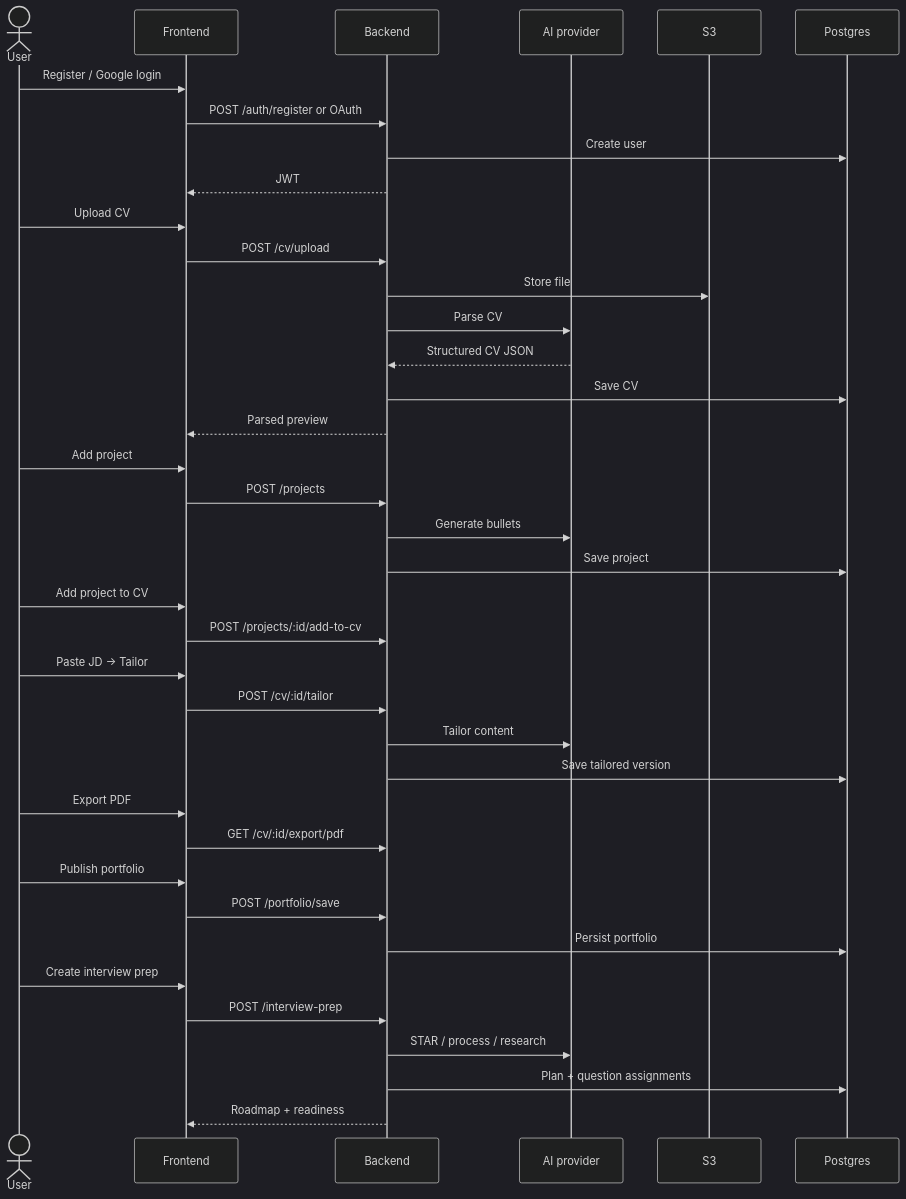
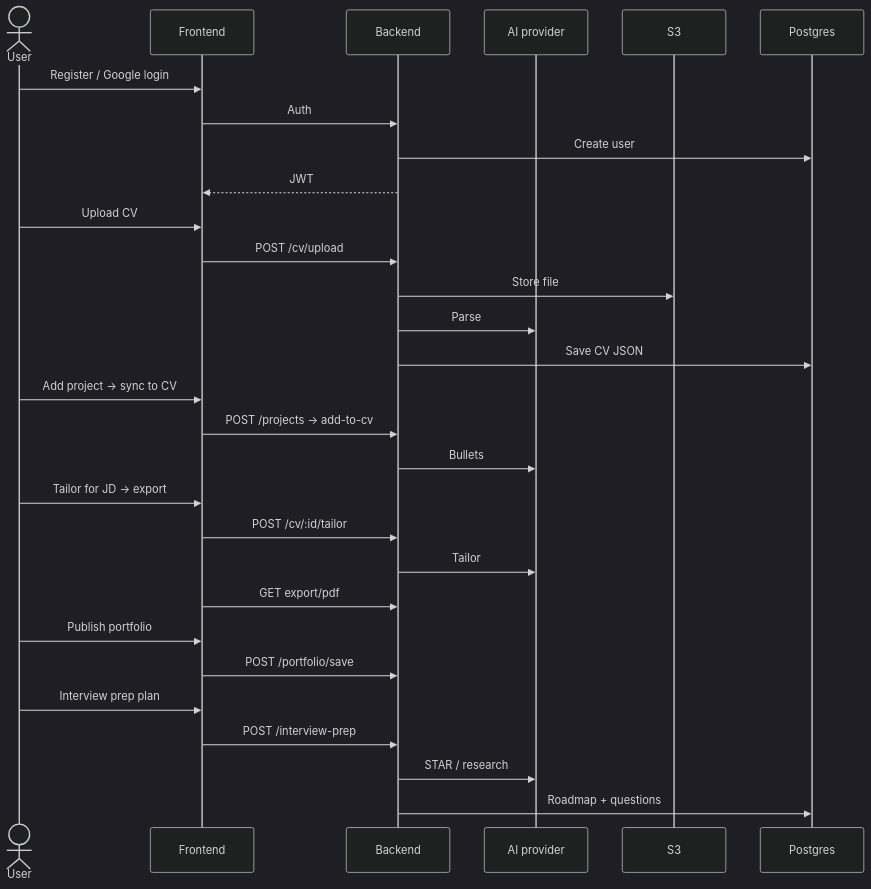
The third of 10 diagrams in README.md (dainv123/resumate), drawn with Mermaid (dark theme) before and after one commit. The commit also changed other lines of this file and 17 other files, not shown here.

````diff
--- a/README.md
+++ b/README.md
@@ -129,46 +133,37 @@
 ```mermaid
 sequenceDiagram
   actor U as User
   participant FE as Frontend
   participant BE as Backend
   participant AI as AI provider
   participant S3 as S3
   participant DB as Postgres
 
   U->>FE: Register / Google login
-  FE->>BE: POST /auth/register or OAuth
+  FE->>BE: Auth
   BE->>DB: Create user
   BE-->>FE: JWT
 
   U->>FE: Upload CV
   FE->>BE: POST /cv/upload
   BE->>S3: Store file
-  BE->>AI: Parse CV
-  AI-->>BE: Structured CV JSON
-  BE->>DB: Save CV
-  BE-->>FE: Parsed preview
+  BE->>AI: Parse
+  BE->>DB: Save CV JSON
 
-  U->>FE: Add project
-  FE->>BE: POST /projects
-  BE->>AI: Generate bullets
-  BE->>DB: Save project
-  U->>FE: Add project to CV
-  FE->>BE: POST /projects/:id/add-to-cv
+  U->>FE: Add project → sync to CV
+  FE->>BE: POST /projects → add-to-cv
+  BE->>AI: Bullets
 
-  U->>FE: Paste JD → Tailor
+  U->>FE: Tailor for JD → export
   FE->>BE: POST /cv/:id/tailor
-  BE->>AI: Tailor content
-  BE->>DB: Save tailored version
-  U->>FE: Export PDF
-  FE->>BE: GET /cv/:id/export/pdf
+  BE->>AI: Tailor
+  FE->>BE: GET export/pdf
 
   U->>FE: Publish portfolio
   FE->>BE: POST /portfolio/save
-  BE->>DB: Persist portfolio
 
-  U->>FE: Create interview prep
+  U->>FE: Interview prep plan
   FE->>BE: POST /interview-prep
-  BE->>AI: STAR / process / research
-  BE->>DB: Plan + question assignments
-  BE-->>FE: Roadmap + readiness
+  BE->>AI: STAR / research
+  BE->>DB: Roadmap + questions
 ```
````
